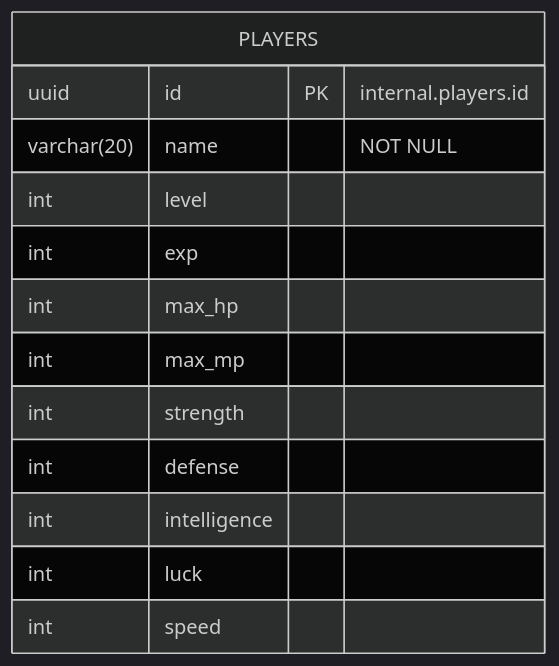
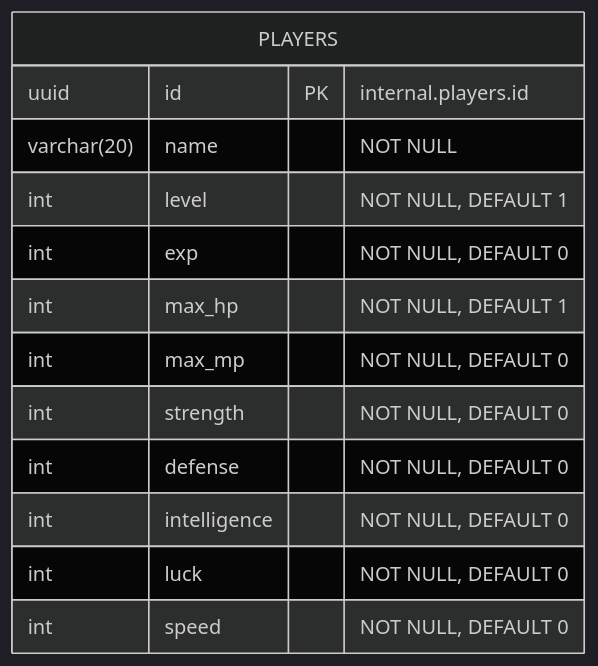
The diagram in docs/02_ER図.mmd (ayumu203/nisekue), drawn with Mermaid (dark theme) before and after one commit. The commit also changed 5 other files, not shown here.

```diff
--- a/docs/02_ER図.mmd
+++ b/docs/02_ER図.mmd
@@ -1,14 +1,14 @@
 erDiagram
     PLAYERS {
         uuid id PK "internal.players.id"
         varchar(20) name "NOT NULL"
-        int level
-        int exp
-        int max_hp
-        int max_mp
-        int strength
-        int defense
-        int intelligence
-        int luck
-        int speed
+        int level "NOT NULL, DEFAULT 1"
+        int exp "NOT NULL, DEFAULT 0"
+        int max_hp "NOT NULL, DEFAULT 1"
+        int max_mp "NOT NULL, DEFAULT 0"
+        int strength "NOT NULL, DEFAULT 0"
+        int defense "NOT NULL, DEFAULT 0"
+        int intelligence "NOT NULL, DEFAULT 0"
+        int luck "NOT NULL, DEFAULT 0"
+        int speed "NOT NULL, DEFAULT 0"
     }
```
